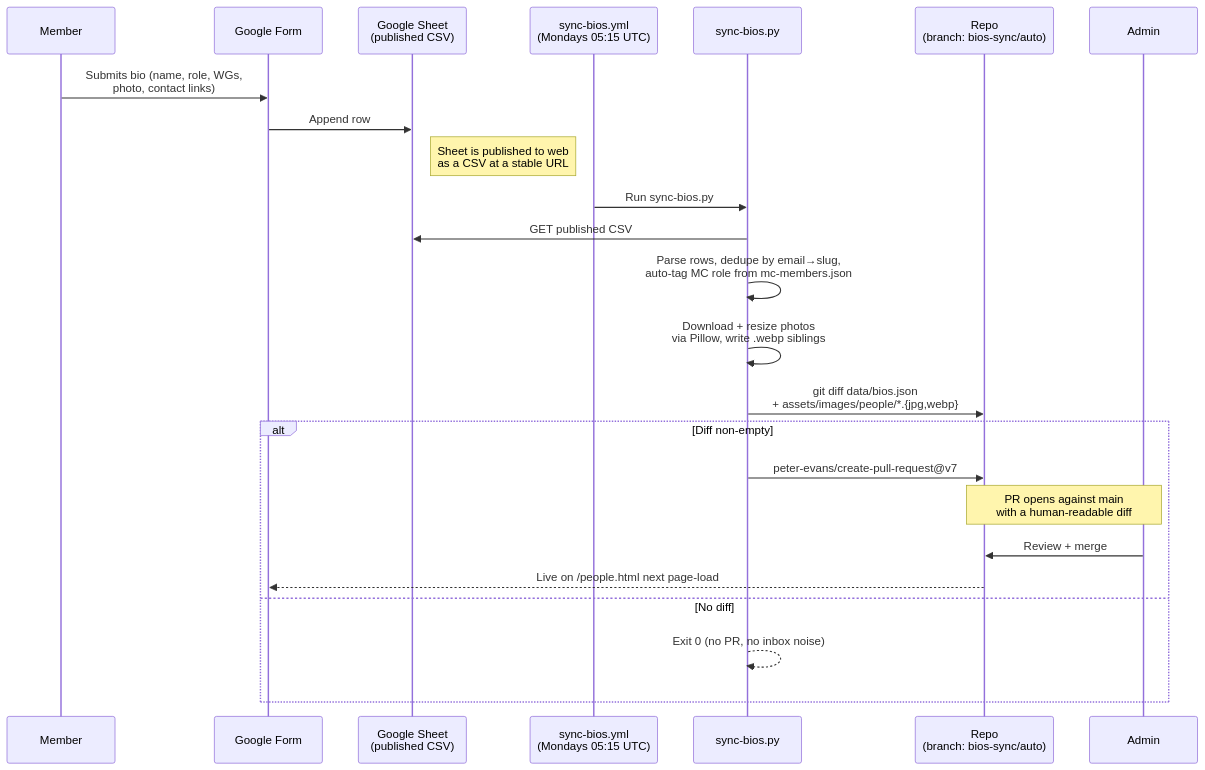
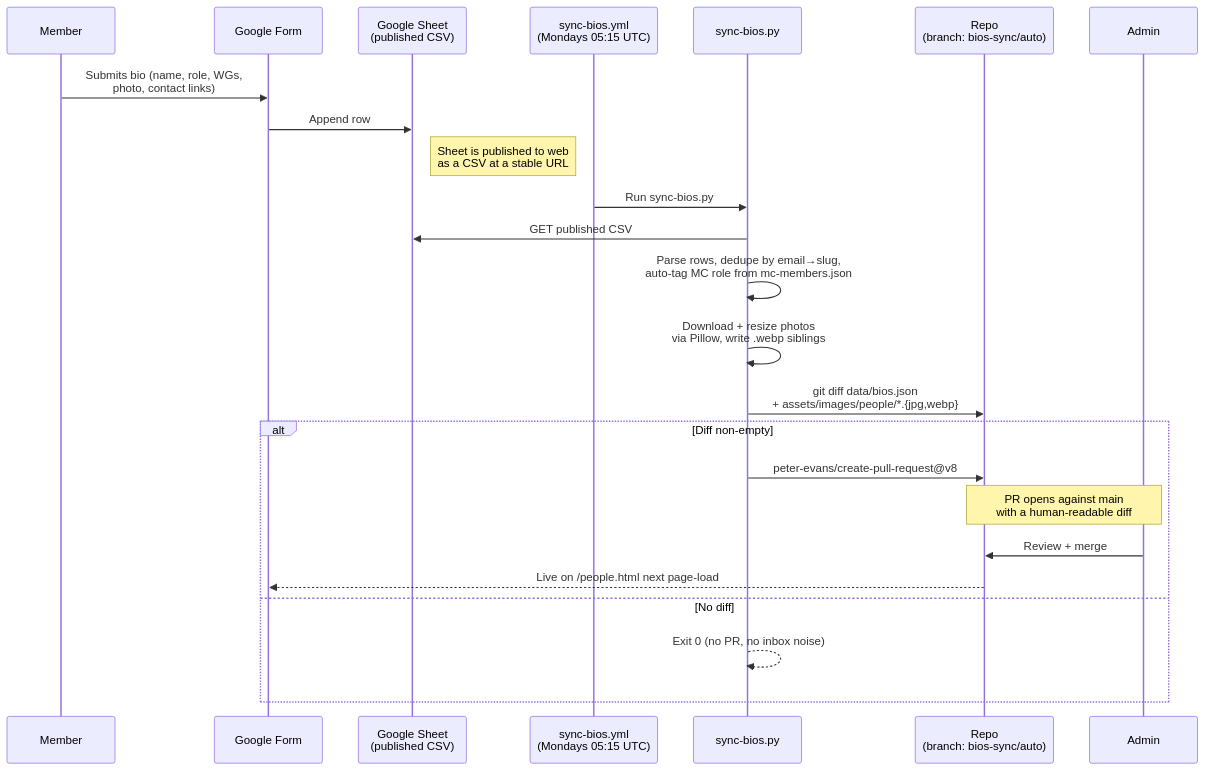
One commit to EISSeuropa/netsec.github.io changed the third of 6 diagrams in docs/architecture.md. Above: the diagram before and after it, drawn with Mermaid. The commit also changed other lines of this file and 26 other files, not shown here.

````diff
--- a/docs/architecture.md
+++ b/docs/architecture.md
@@ -231,27 +231,27 @@
 ```mermaid
 sequenceDiagram
     participant M as Member
     participant F as Google Form
     participant S as Google Sheet<br/>(published CSV)
     participant W as sync-bios.yml<br/>(Mondays 05:15 UTC)
     participant P as sync-bios.py
     participant R as Repo<br/>(branch: bios-sync/auto)
     participant A as Admin
 
     M->>F: Submits bio (name, role, WGs,<br/>photo, contact links)
     F->>S: Append row
     Note right of S: Sheet is published to web<br/>as a CSV at a stable URL
     W->>P: Run sync-bios.py
     P->>S: GET published CSV
     P->>P: Parse rows, dedupe by email→slug,<br/>auto-tag MC role from mc-members.json
     P->>P: Download + resize photos<br/>via Pillow, write .webp siblings
     P->>R: git diff data/bios.json<br/>+ assets/images/people/*.{jpg,webp}
     alt Diff non-empty
-        P->>R: peter-evans/create-pull-request@v7
+        P->>R: peter-evans/create-pull-request@v8
         Note over R,A: PR opens against main<br/>with a human-readable diff
         A->>R: Review + merge
         R-->>F: Live on /people.html next page-load
     else No diff
         P-->>P: Exit 0 (no PR, no inbox noise)
     end
 ```
````
